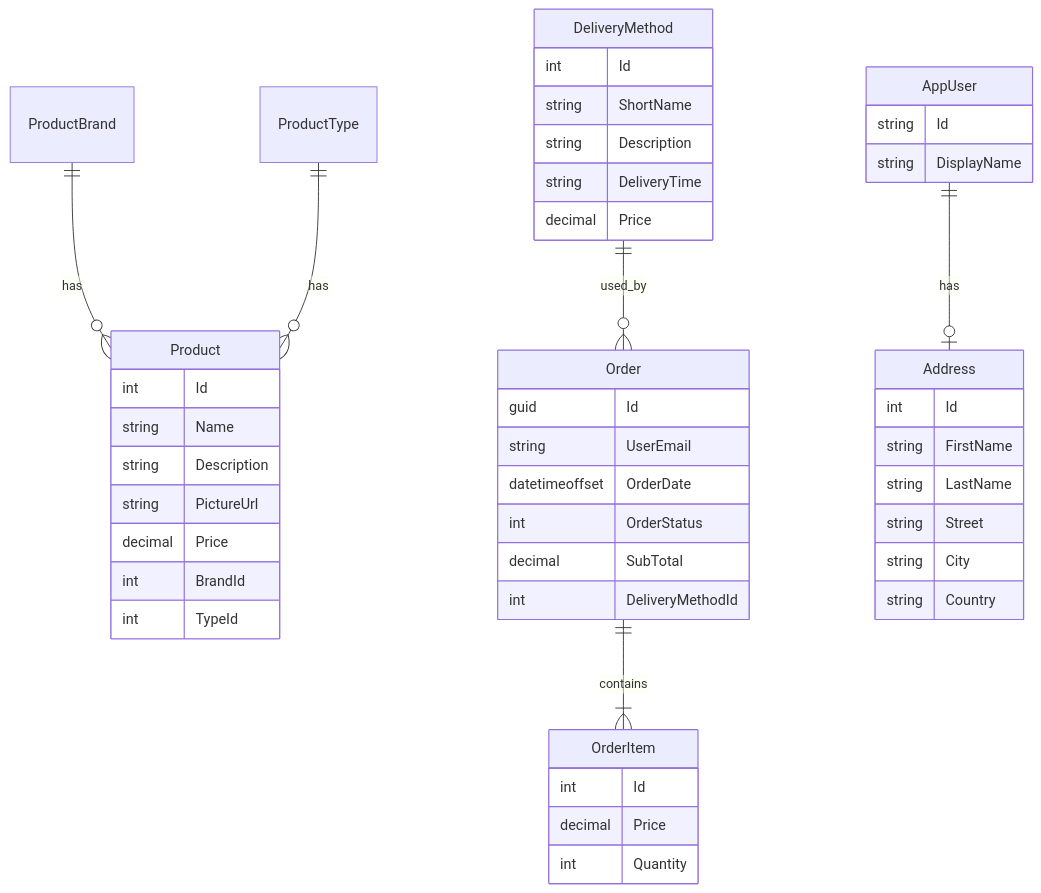
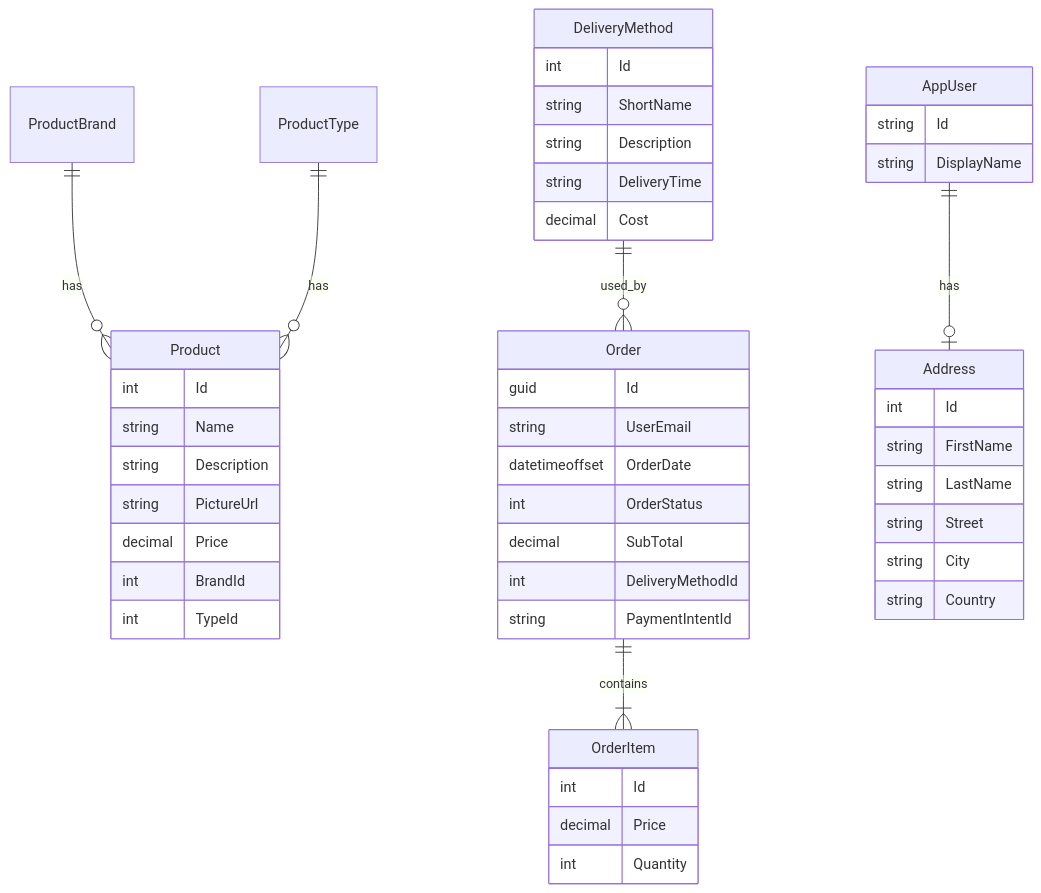
One commit to AnasEltohamy/Talabat-Platform changed the second of 2 diagrams in README.md. Above: the diagram before and after it, drawn with Mermaid. The commit also changed other lines of this file, not shown here.

````diff
--- a/README.md
+++ b/README.md
@@ -98,50 +137,51 @@
 ```mermaid
 erDiagram
     ProductBrand ||--o{ Product : has
     ProductType  ||--o{ Product : has
     DeliveryMethod ||--o{ Order : used_by
     Order ||--|{ OrderItem : contains
     AppUser ||--o| Address : has
- 
+
     Product {
         int Id
         string Name
         string Description
         string PictureUrl
         decimal Price
         int BrandId
         int TypeId
     }
     Order {
         guid Id
         string UserEmail
         datetimeoffset OrderDate
         int OrderStatus
         decimal SubTotal
         int DeliveryMethodId
+        string PaymentIntentId
     }
     OrderItem {
         int Id
         decimal Price
         int Quantity
     }
     DeliveryMethod {
         int Id
         string ShortName
         string Description
         string DeliveryTime
-        decimal Price
+        decimal Cost
     }
     AppUser {
         string Id
         string DisplayName
     }
     Address {
         int Id
         string FirstName
         string LastName
         string Street
         string City
         string Country
     }
 ```
````
